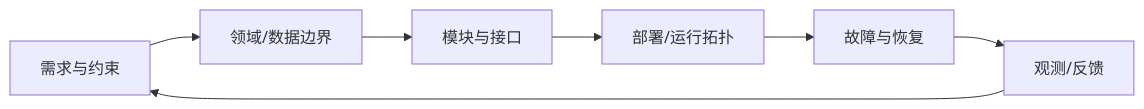
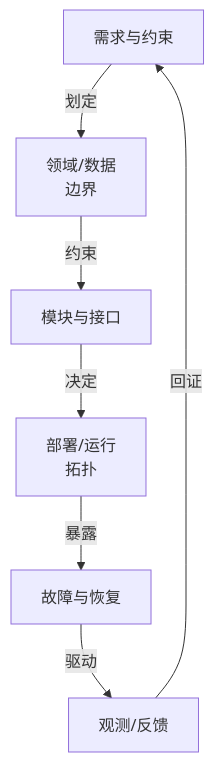
One commit to hub138/technical-knowledge changed the diagram in vault/工程知识/软件构建：让变化可以理解、验证与交付/架构与代码/架构组织高成本决策与演进边界.md. Above: the diagram before and after it, drawn with Mermaid. The commit also changed other lines of this file and 622 other files, not shown here.

````diff
--- a/vault/工程知识/软件构建：让变化可以理解、验证与交付/架构与代码/架构组织高成本决策与演进边界.md
+++ b/vault/工程知识/软件构建：让变化可以理解、验证与交付/架构与代码/架构组织高成本决策与演进边界.md
@@ -48,9 +67,9 @@
 ```mermaid
-flowchart LR
-    R[需求与约束] --> D[领域/数据边界]
-    D --> M[模块与接口]
-    M --> X[部署/运行拓扑]
-    X --> F[故障与恢复]
-    F --> O[观测/反馈]
-    O --> R
+flowchart TD
+    R[需求与约束] -->|划定| D[领域/数据<br/>边界]
+    D -->|约束| M[模块与接口]
+    M -->|决定| X[部署/运行<br/>拓扑]
+    X -->|暴露| F[故障与恢复]
+    F -->|驱动| O[观测/反馈]
+    O -->|回证| R
 ```
````
